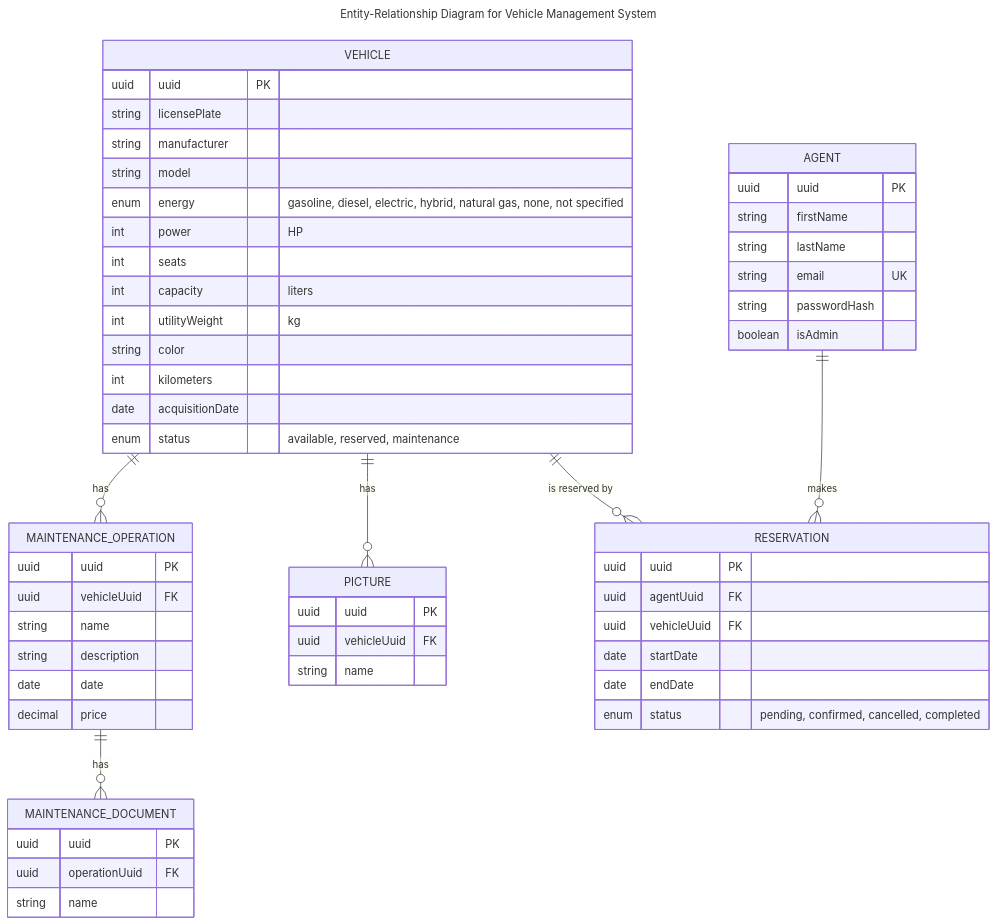
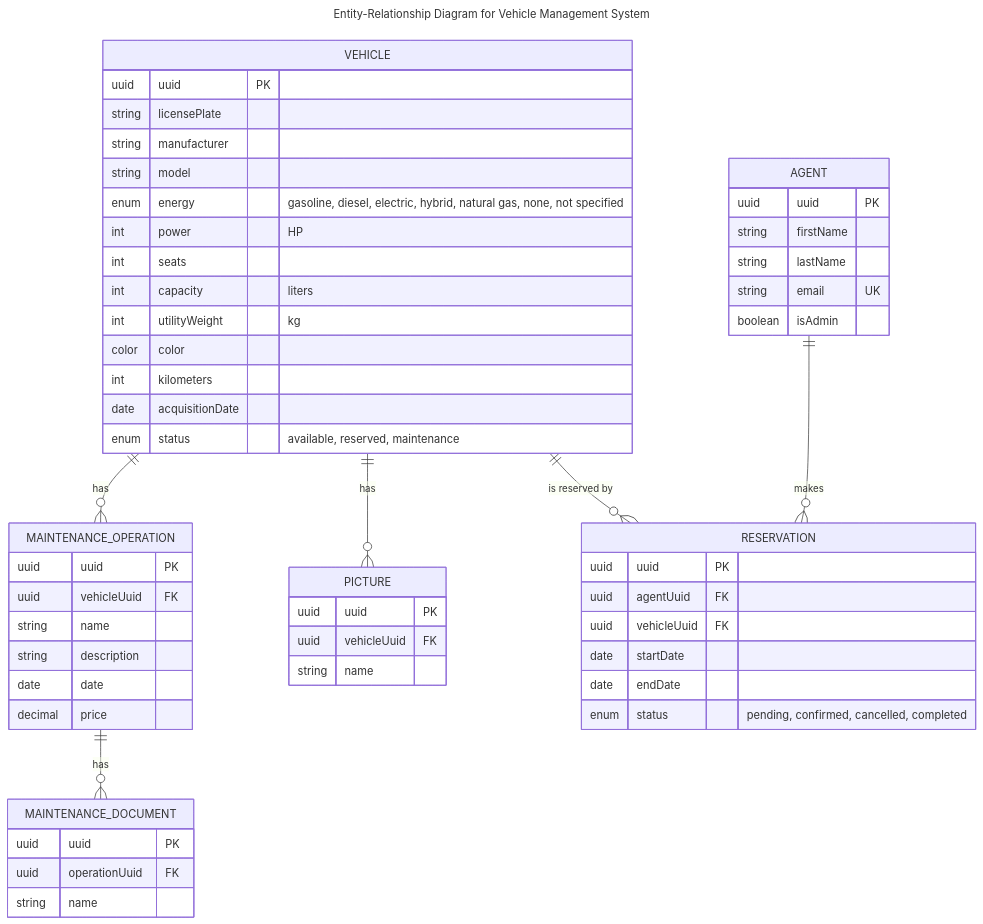
The diagram in docs/domain/er-diagram.md (NathanFerry/wherethecar), drawn with Mermaid before and after one commit. The commit also changed 1 other file, not shown here.

Commit message:
Adjusted diagrams

````diff
--- a/docs/domain/er-diagram.md
+++ b/docs/domain/er-diagram.md
@@ -1,66 +1,65 @@
 ```mermaid
 ---
 title: Entity-Relationship Diagram for Vehicle Management System
 ---
 erDiagram
     VEHICLE ||--o{ MAINTENANCE_OPERATION : has
     VEHICLE ||--o{ PICTURE : has
     VEHICLE ||--o{ RESERVATION : "is reserved by"
     MAINTENANCE_OPERATION ||--o{ MAINTENANCE_DOCUMENT : has
     AGENT ||--o{ RESERVATION : makes
     
     VEHICLE {
         uuid uuid PK
         string licensePlate
         string manufacturer
         string model
         enum energy "gasoline, diesel, electric, hybrid, natural gas, none, not specified"
         int power "HP"
         int seats
         int capacity "liters"
         int utilityWeight "kg"
-        string color
+        color color
         int kilometers
         date acquisitionDate
         enum status "available, reserved, maintenance"
     }
     
     PICTURE {
         uuid uuid PK
         uuid vehicleUuid FK
         string name
     }
     
     MAINTENANCE_OPERATION {
         uuid uuid PK
         uuid vehicleUuid FK
         string name
         string description
         date date
         decimal price
     }
     
     MAINTENANCE_DOCUMENT {
         uuid uuid PK
         uuid operationUuid FK
         string name
     }
     
     AGENT {
         uuid uuid PK
         string firstName
         string lastName
         string email UK
-        string passwordHash
         boolean isAdmin
     }
     
     RESERVATION {
         uuid uuid PK
         uuid agentUuid FK
         uuid vehicleUuid FK
         date startDate
         date endDate
         enum status "pending, confirmed, cancelled, completed"
     }
 ```
````
